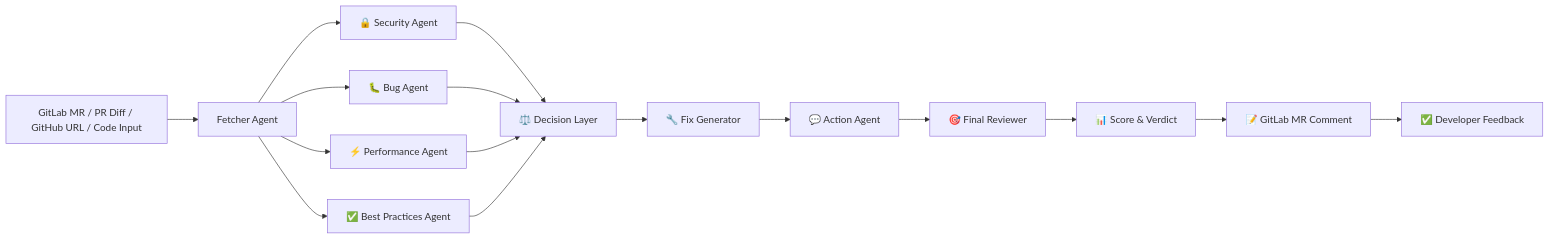
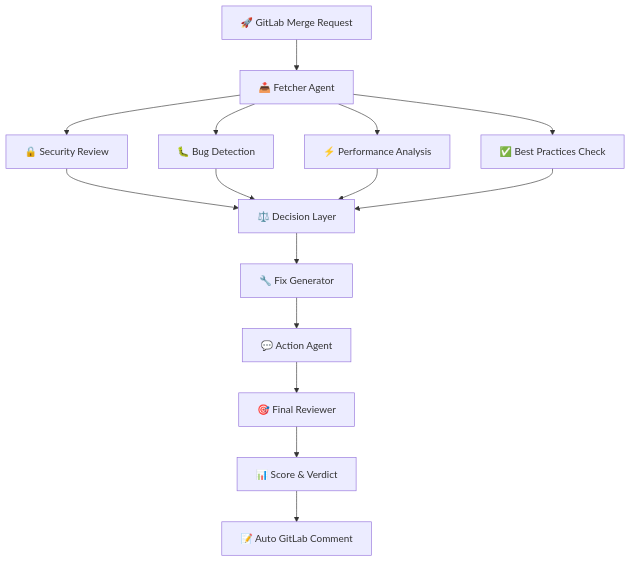
The diagram in README.md (TheShivaji/ai-code-reviewer), drawn with Mermaid before and after one commit.

````diff
--- a/README.md
+++ b/README.md
@@ -30,30 +30,28 @@
 ```mermaid
-graph LR
+flowchart TD
 
-    A[GitLab MR / PR Diff / GitHub URL / Code Input]
+A[🚀 GitLab Merge Request]
 
-    A --> B[Fetcher Agent]
+A --> B[📥 Fetcher Agent]
 
-    B --> C1[🔒 Security Agent]
-    B --> C2[🐛 Bug Agent]
-    B --> C3[⚡ Performance Agent]
-    B --> C4[✅ Best Practices Agent]
+B --> C1[🔒 Security Review]
+B --> C2[🐛 Bug Detection]
+B --> C3[⚡ Performance Analysis]
+B --> C4[✅ Best Practices Check]
 
-    C1 --> D[⚖️ Decision Layer]
-    C2 --> D
-    C3 --> D
-    C4 --> D
+C1 --> D[⚖️ Decision Layer]
+C2 --> D
+C3 --> D
+C4 --> D
 
-    D --> E[🔧 Fix Generator]
+D --> E[🔧 Fix Generator]
 
-    E --> F[💬 Action Agent]
+E --> F[💬 Action Agent]
 
-    F --> G[🎯 Final Reviewer]
+F --> G[🎯 Final Reviewer]
 
-    G --> H[📊 Score & Verdict]
+G --> H[📊 Score & Verdict]
 
-    H --> I[📝 GitLab MR Comment]
-
-    I --> J[✅ Developer Feedback]
+H --> I[📝 Auto GitLab Comment]
 
 ```
````
